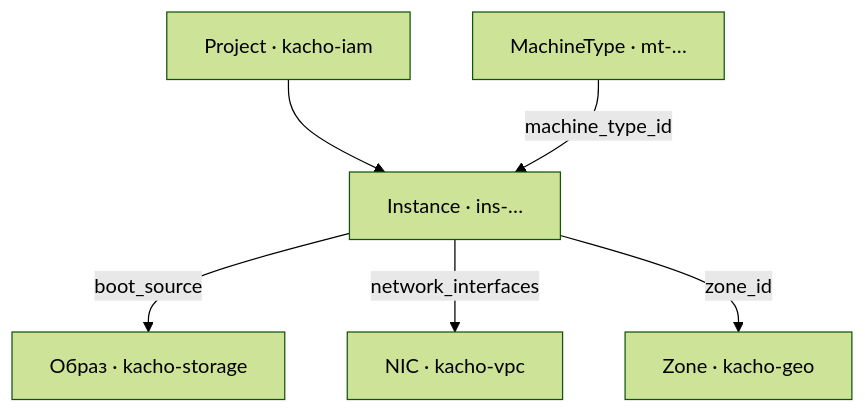
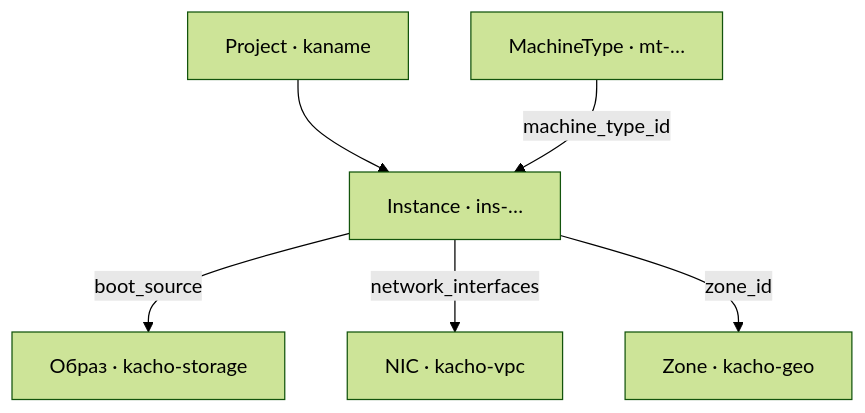
One commit to PRO-Robotech/kacho changed the diagram in services/compute/docs/content/api/instance.mdx. Above: the diagram before and after it, drawn with Mermaid (forest theme). The commit also changed other lines of this file and 5005 other files, not shown here.

````diff
--- a/services/compute/docs/content/api/instance.mdx
+++ b/services/compute/docs/content/api/instance.mdx
@@ -30,8 +30,8 @@
 ```mermaid
 graph TD
-  P[Project · kacho-iam] --> I[Instance · ins-…]
+  P[Project · kaname] --> I[Instance · ins-…]
   MT[MachineType · mt-…] -->|machine_type_id| I
   I -->|boot_source| S[Образ · kacho-storage]
   I -->|network_interfaces| NIC[NIC · kacho-vpc]
   I -->|zone_id| Z[Zone · kacho-geo]
 ```
````
